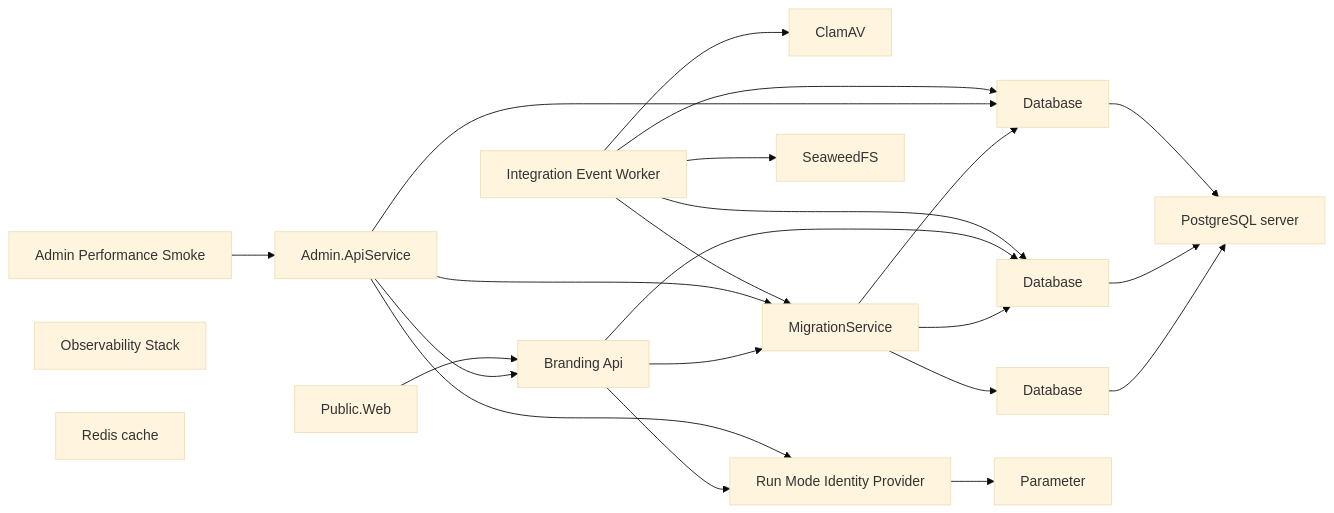
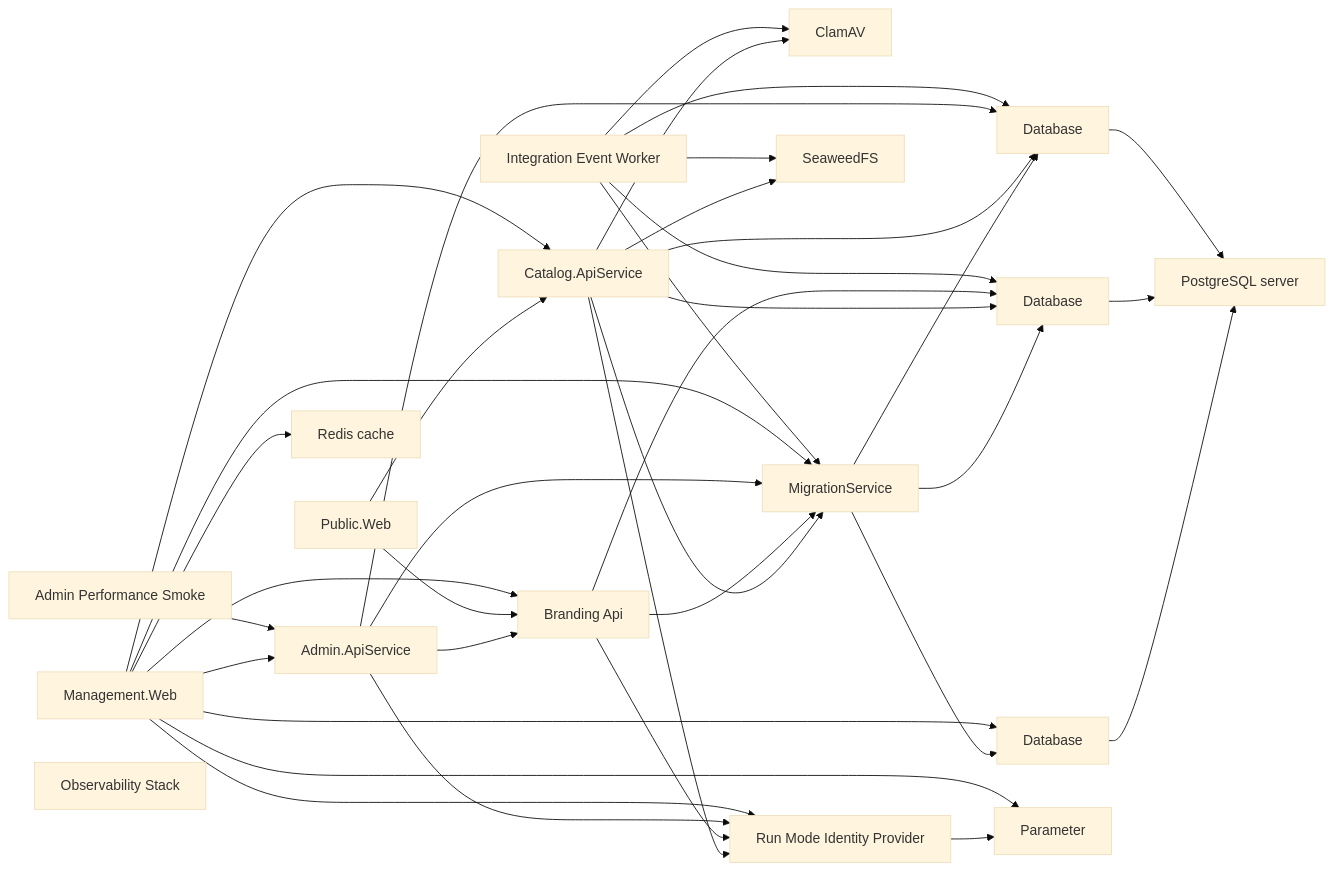
One commit to danigutsch/ViajantesTurismo changed the first of 2 diagrams in docs/architecture/runtime-wiring-and-deployment.md. Above: the diagram before and after it, drawn with Mermaid (base theme). The commit also changed 1 other file, not shown here.

Commit message:
fix(apphost): preserve generated resource documentation

````diff
--- a/docs/architecture/runtime-wiring-and-deployment.md
+++ b/docs/architecture/runtime-wiring-and-deployment.md
@@ -13,40 +13,57 @@
 ```mermaid
 flowchart LR
     AdminPerformanceSmoke[Admin Performance Smoke]
     apiService[Admin.ApiService]
     brandingApiService[Branding Api]
+    catalogApiService[Catalog.ApiService]
     clamAv[ClamAV]
     adminDatabase[Database]
     catalogDatabase[Database]
     securityDatabase[Database]
     IntegrationEventWorker[Integration Event Worker]
+    ManagementWeb[Management.Web]
     migrationService[MigrationService]
     ObservabilityStack[Observability Stack]
     managementWebClientSecret[Parameter]
     databaseServer[PostgreSQL server]
     PublicWeb[Public.Web]
     cache[Redis cache]
     identityProvider[Run Mode Identity Provider]
     seaweedFs[SeaweedFS]
     AdminPerformanceSmoke --> apiService
     IntegrationEventWorker --> adminDatabase
     IntegrationEventWorker --> catalogDatabase
     IntegrationEventWorker --> clamAv
     IntegrationEventWorker --> migrationService
     IntegrationEventWorker --> seaweedFs
+    ManagementWeb --> apiService
+    ManagementWeb --> brandingApiService
+    ManagementWeb --> cache
+    ManagementWeb --> catalogApiService
+    ManagementWeb --> identityProvider
+    ManagementWeb --> managementWebClientSecret
+    ManagementWeb --> migrationService
+    ManagementWeb --> securityDatabase
     PublicWeb --> brandingApiService
+    PublicWeb --> catalogApiService
     adminDatabase --> databaseServer
     apiService --> adminDatabase
     apiService --> brandingApiService
     apiService --> identityProvider
     apiService --> migrationService
     brandingApiService --> catalogDatabase
     brandingApiService --> identityProvider
     brandingApiService --> migrationService
+    catalogApiService --> adminDatabase
+    catalogApiService --> catalogDatabase
+    catalogApiService --> clamAv
+    catalogApiService --> identityProvider
+    catalogApiService --> migrationService
+    catalogApiService --> seaweedFs
     catalogDatabase --> databaseServer
     identityProvider --> managementWebClientSecret
     migrationService --> adminDatabase
     migrationService --> catalogDatabase
     migrationService --> securityDatabase
     securityDatabase --> databaseServer
 ```
````
